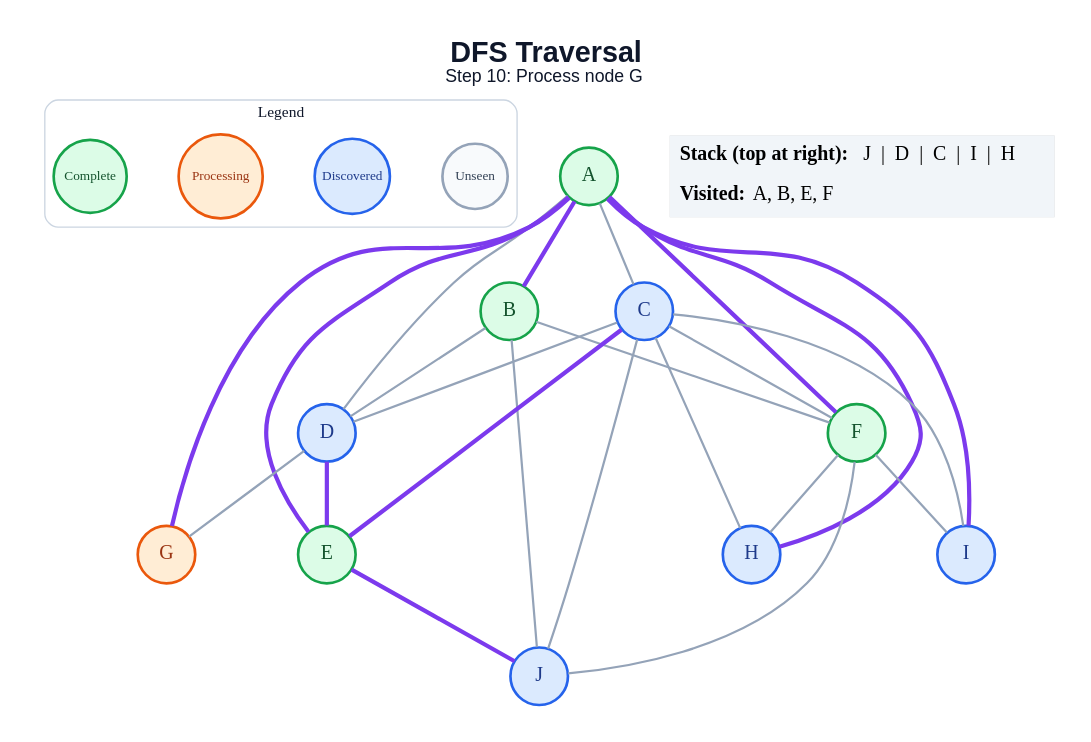
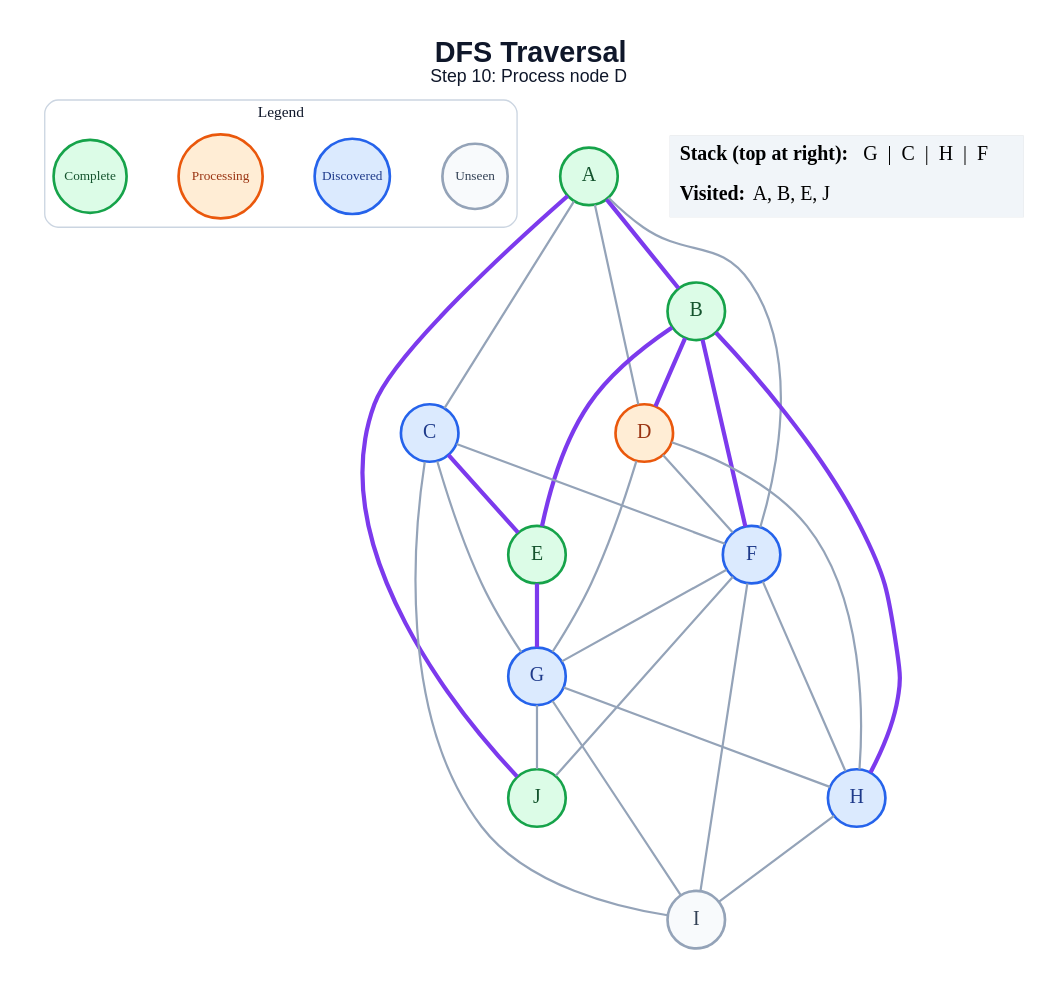
Before and after one commit to amanghodawala9/ai-slop: the diagram in generated/specific-node/dfs/step_10.dot, drawn with Graphviz. The commit also changed 178 other files, not shown here.

```diff
--- a/generated/specific-node/dfs/step_10.dot
+++ b/generated/specific-node/dfs/step_10.dot
@@ -1,52 +1,54 @@
 graph traversal {
   graph [layout=dot, rankdir=TB, bgcolor="#FFFFFF", pad="0.35", nodesep="0.65", ranksep="0.8", fontname="Arial"];
   node [shape=circle, style="filled", fontname="Arial Bold", fontsize=18, width=0.72, fixedsize=true, penwidth=2.4];
   edge [color="#94A3B8", penwidth=2.0];
-  label=<<B>DFS Traversal</B><BR/><FONT POINT-SIZE="16">Step 10: Process node G</FONT>>; labelloc="t"; fontsize=26; fontname="Arial"; fontcolor="#0F172A";
+  label=<<B>DFS Traversal</B><BR/><FONT POINT-SIZE="16">Step 10: Process node D</FONT>>; labelloc="t"; fontsize=26; fontname="Arial"; fontcolor="#0F172A";
   subgraph cluster_legend { label="Legend"; color="#CBD5E1"; penwidth=1.2; style="rounded"; fontsize=14; fontname="Arial Bold";
     key_unseen [label="Unseen", fillcolor="#F8FAFC", color="#94A3B8", fontcolor="#334155", fontsize=12, width=0.82];
     key_frontier [label="Discovered", fillcolor="#DBEAFE", color="#2563EB", fontcolor="#1E3A8A", fontsize=12, width=0.95];
     key_current [label="Processing", fillcolor="#FFEDD5", color="#EA580C", fontcolor="#9A3412", fontsize=12, width=1.05];
     key_done [label="Complete", fillcolor="#DCFCE7", color="#16A34A", fontcolor="#14532D", fontsize=12, width=0.92];
     { rank=same; key_unseen; key_frontier; key_current; key_done; }
   }
   A [fillcolor="#DCFCE7", color="#16A34A", fontcolor="#14532D"];
   B [fillcolor="#DCFCE7", color="#16A34A", fontcolor="#14532D"];
   C [fillcolor="#DBEAFE", color="#2563EB", fontcolor="#1E3A8A"];
-  D [fillcolor="#DBEAFE", color="#2563EB", fontcolor="#1E3A8A"];
+  D [fillcolor="#FFEDD5", color="#EA580C", fontcolor="#9A3412"];
   E [fillcolor="#DCFCE7", color="#16A34A", fontcolor="#14532D"];
-  F [fillcolor="#DCFCE7", color="#16A34A", fontcolor="#14532D"];
-  G [fillcolor="#FFEDD5", color="#EA580C", fontcolor="#9A3412"];
+  F [fillcolor="#DBEAFE", color="#2563EB", fontcolor="#1E3A8A"];
+  G [fillcolor="#DBEAFE", color="#2563EB", fontcolor="#1E3A8A"];
   H [fillcolor="#DBEAFE", color="#2563EB", fontcolor="#1E3A8A"];
-  I [fillcolor="#DBEAFE", color="#2563EB", fontcolor="#1E3A8A"];
-  J [fillcolor="#DBEAFE", color="#2563EB", fontcolor="#1E3A8A"];
+  I [fillcolor="#F8FAFC", color="#94A3B8", fontcolor="#334155"];
+  J [fillcolor="#DCFCE7", color="#16A34A", fontcolor="#14532D"];
   A -- B [color="#7C3AED", penwidth=3.8];
   A -- C;
   A -- D;
-  A -- E [color="#7C3AED", penwidth=3.8];
-  A -- F [color="#7C3AED", penwidth=3.8];
-  A -- G [color="#7C3AED", penwidth=3.8];
-  A -- H [color="#7C3AED", penwidth=3.8];
-  A -- I [color="#7C3AED", penwidth=3.8];
-  B -- D;
-  B -- F;
-  B -- J;
-  C -- D;
+  A -- F;
+  A -- J [color="#7C3AED", penwidth=3.8];
+  B -- D [color="#7C3AED", penwidth=3.8];
+  B -- E [color="#7C3AED", penwidth=3.8];
+  B -- F [color="#7C3AED", penwidth=3.8];
+  B -- H [color="#7C3AED", penwidth=3.8];
   C -- E [color="#7C3AED", penwidth=3.8];
   C -- F;
-  C -- H;
+  C -- G;
   C -- I;
-  C -- J;
-  D -- E [color="#7C3AED", penwidth=3.8];
+  D -- F;
   D -- G;
-  E -- J [color="#7C3AED", penwidth=3.8];
+  D -- H;
+  E -- G [color="#7C3AED", penwidth=3.8];
+  F -- G;
   F -- H;
   F -- I;
   F -- J;
+  G -- H;
+  G -- I;
+  G -- J;
+  H -- I;
   status [shape=plain, fixedsize=false, width=0, height=0, margin=0, label=<
     <TABLE BORDER="0" CELLBORDER="0" CELLPADDING="7" BGCOLOR="#F1F5F9">
-      <TR><TD ALIGN="LEFT"><B>Stack (top at right):</B> J  |  D  |  C  |  I  |  H</TD></TR>
-      <TR><TD ALIGN="LEFT"><B>Visited:</B> A, B, E, F</TD></TR>
+      <TR><TD ALIGN="LEFT"><B>Stack (top at right):</B> G  |  C  |  H  |  F</TD></TR>
+      <TR><TD ALIGN="LEFT"><B>Visited:</B> A, B, E, J</TD></TR>
     </TABLE>
   >];
 }
```
